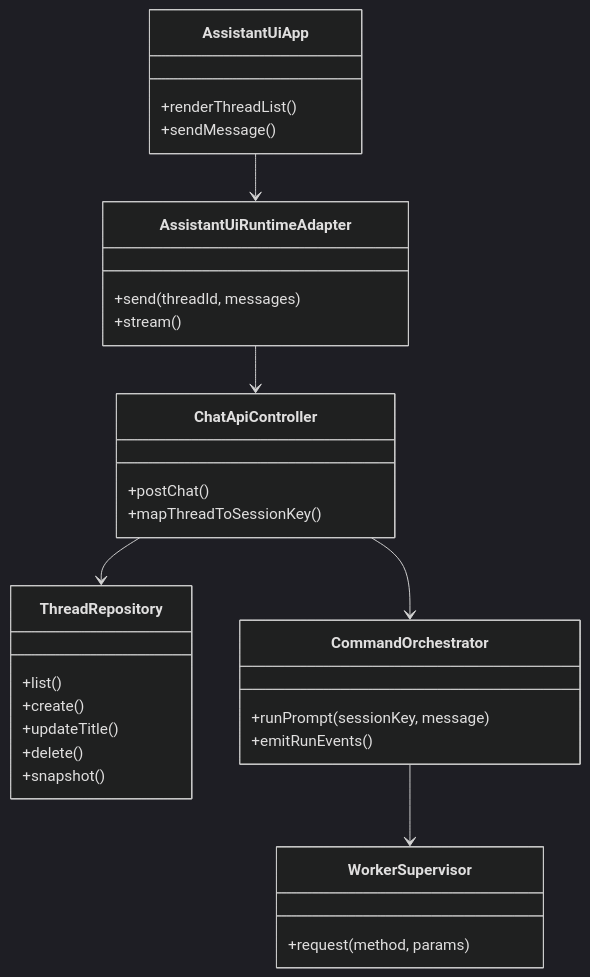
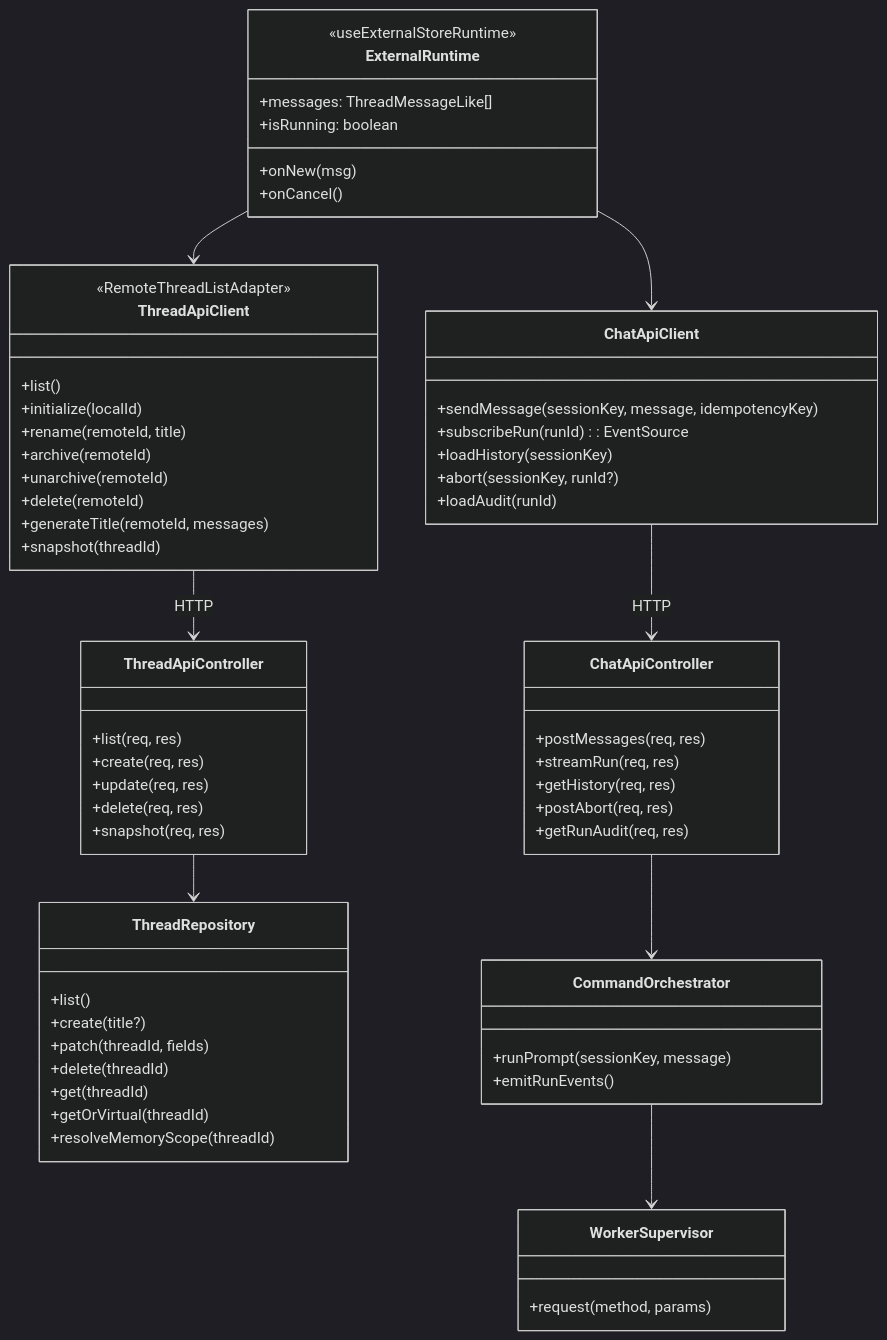
The first of 2 diagrams in doc/plan/260301-s02-assistant-ui-thread-chat-migration.md (masahide/adjutant), drawn with Mermaid (dark theme) before and after one commit. The commit also changed other lines of this file and 2 other files, not shown here.

First line of the commit message:
chore: @assistant-ui/react-ai-sdkを削除

````diff
--- a/doc/plan/260301-s02-assistant-ui-thread-chat-migration.md
+++ b/doc/plan/260301-s02-assistant-ui-thread-chat-migration.md
@@ -248,40 +413,73 @@
 ```mermaid
 classDiagram
-  class AssistantUiApp {
-    +renderThreadList()
-    +sendMessage()
+  class ExternalRuntime {
+    <<useExternalStoreRuntime>>
+    +messages: ThreadMessageLike[]
+    +isRunning: boolean
+    +onNew(msg)
+    +onCancel()
   }
 
-  class AssistantUiRuntimeAdapter {
-    +send(threadId, messages)
-    +stream()
+  class ChatApiClient {
+    +sendMessage(sessionKey, message, idempotencyKey)
+    +subscribeRun(runId): EventSource
+    +loadHistory(sessionKey)
+    +abort(sessionKey, runId?)
+    +loadAudit(runId)
+  }
+
+  class ThreadApiClient {
+    <<RemoteThreadListAdapter>>
+    +list()
+    +initialize(localId)
+    +rename(remoteId, title)
+    +archive(remoteId)
+    +unarchive(remoteId)
+    +delete(remoteId)
+    +generateTitle(remoteId, messages)
+    +snapshot(threadId)
+  }
+
+  class ChatApiController {
+    +postMessages(req, res)
+    +streamRun(req, res)
+    +getHistory(req, res)
+    +postAbort(req, res)
+    +getRunAudit(req, res)
+  }
+
+  class ThreadApiController {
+    +list(req, res)
+    +create(req, res)
+    +update(req, res)
+    +delete(req, res)
+    +snapshot(req, res)
   }
 
   class ThreadRepository {
     +list()
-    +create()
-    +updateTitle()
-    +delete()
-    +snapshot()
-  }
-
-  class ChatApiController {
-    +postChat()
-    +mapThreadToSessionKey()
+    +create(title?)
+    +patch(threadId, fields)
+    +delete(threadId)
+    +get(threadId)
+    +getOrVirtual(threadId)
+    +resolveMemoryScope(threadId)
   }
 
   class CommandOrchestrator {
     +runPrompt(sessionKey, message)
     +emitRunEvents()
   }
 
   class WorkerSupervisor {
     +request(method, params)
   }
 
-  AssistantUiApp --> AssistantUiRuntimeAdapter
-  AssistantUiRuntimeAdapter --> ChatApiController
-  ChatApiController --> ThreadRepository
+  ExternalRuntime --> ChatApiClient
+  ExternalRuntime --> ThreadApiClient
+  ChatApiClient --> ChatApiController : HTTP
+  ThreadApiClient --> ThreadApiController : HTTP
   ChatApiController --> CommandOrchestrator
+  ThreadApiController --> ThreadRepository
   CommandOrchestrator --> WorkerSupervisor
 ```
````
